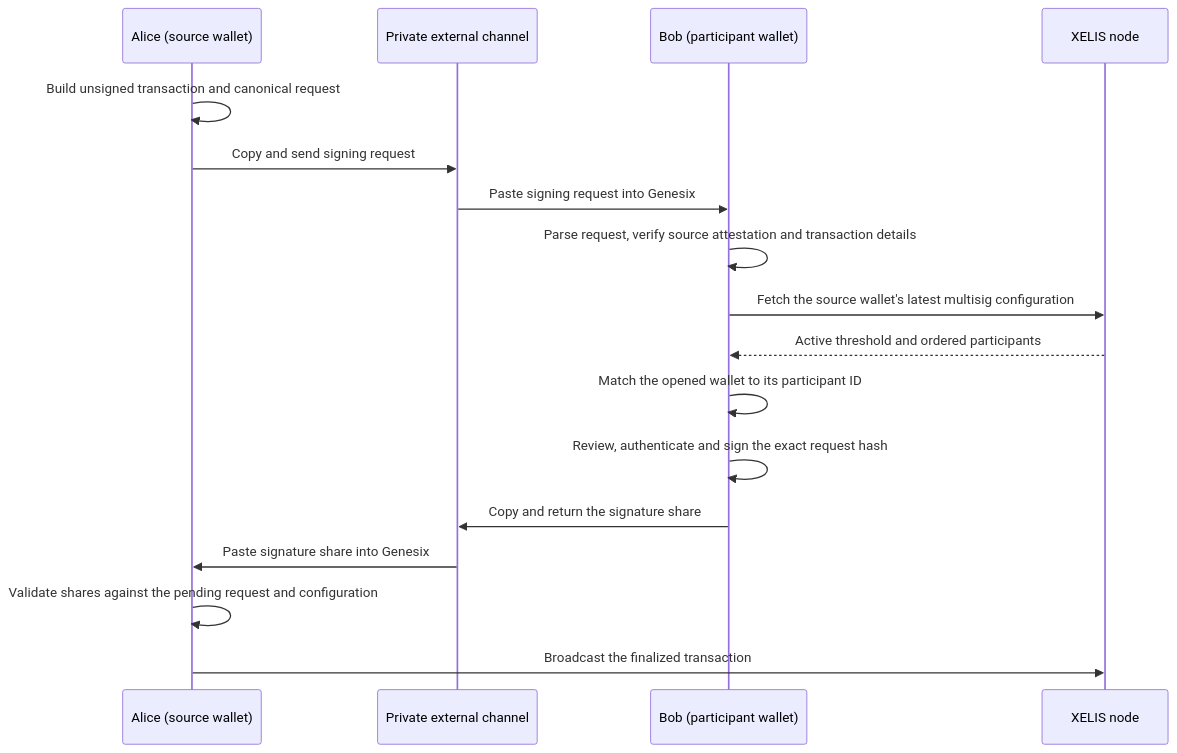
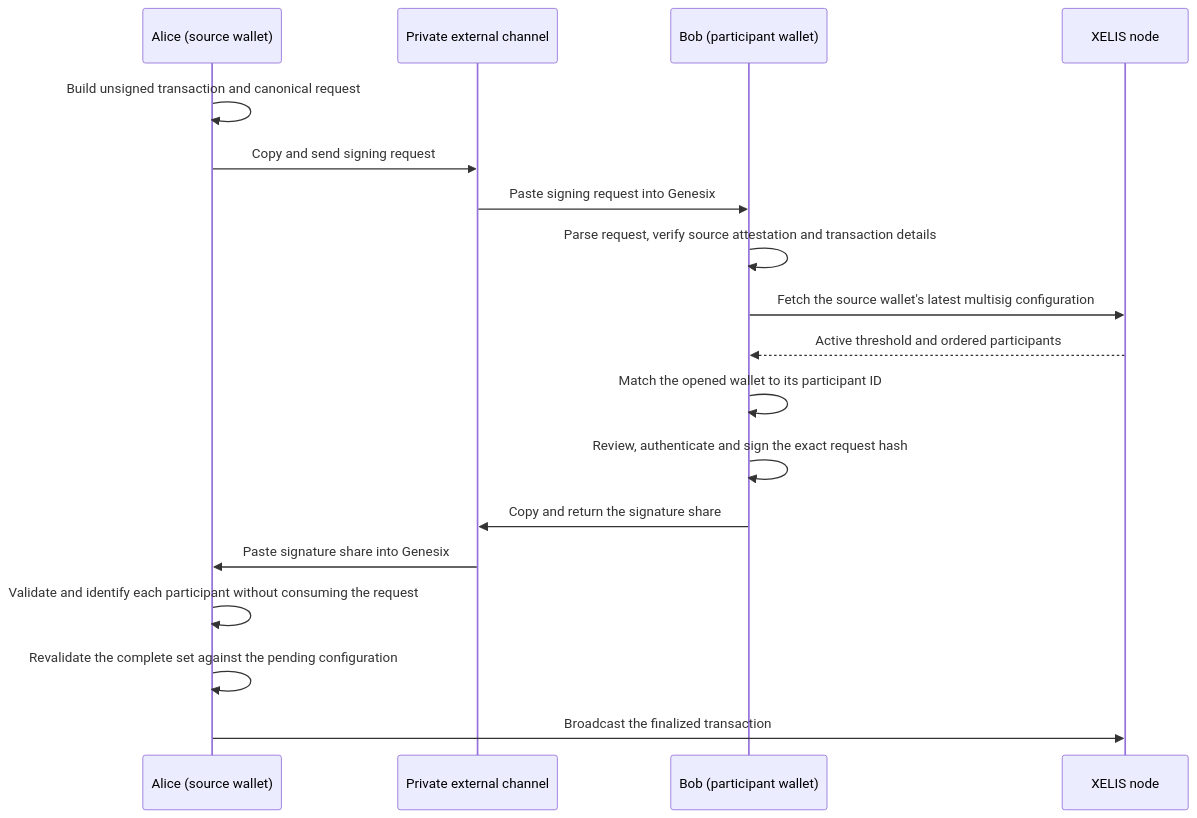
One commit to xelis-project/xelis-genesix-wallet changed the diagram in docs/multisig-signing.md. Above: the diagram before and after it, drawn with Mermaid. The commit also changed other lines of this file and 25 other files, not shown here.

````diff
--- a/docs/multisig-signing.md
+++ b/docs/multisig-signing.md
@@ -10,20 +10,21 @@
 ```mermaid
 sequenceDiagram
     participant A as Alice (source wallet)
     participant C as Private external channel
     participant B as Bob (participant wallet)
     participant N as XELIS node
 
     A->>A: Build unsigned transaction and canonical request
     A->>C: Copy and send signing request
     C->>B: Paste signing request into Genesix
     B->>B: Parse request, verify source attestation and transaction details
     B->>N: Fetch the source wallet's latest multisig configuration
     N-->>B: Active threshold and ordered participants
     B->>B: Match the opened wallet to its participant ID
     B->>B: Review, authenticate and sign the exact request hash
     B->>C: Copy and return the signature share
     C->>A: Paste signature share into Genesix
-    A->>A: Validate shares against the pending request and configuration
+    A->>A: Validate and identify each participant without consuming the request
+    A->>A: Revalidate the complete set against the pending configuration
     A->>N: Broadcast the finalized transaction
 ```
````
